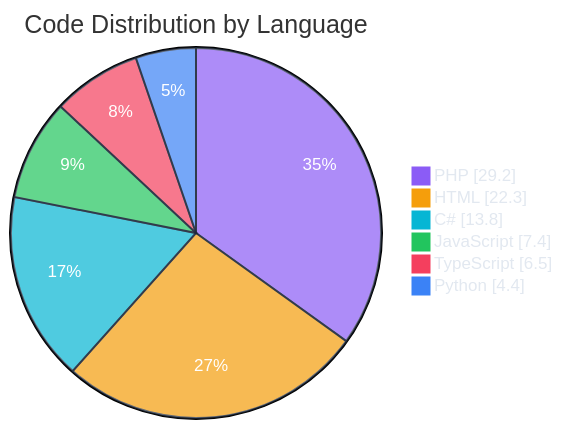
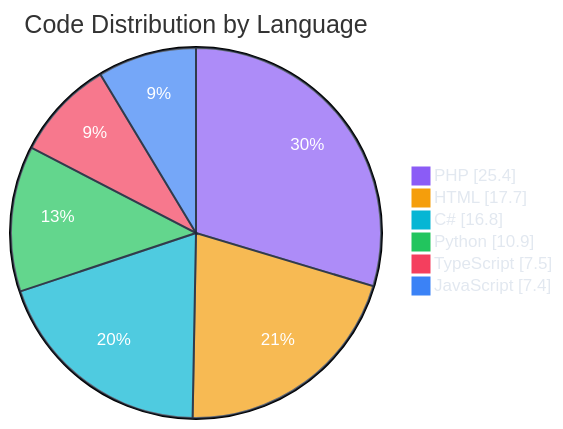
Before and after one commit to polo-nyan/polo-nyan: the second of 7 diagrams in README.md, drawn with Mermaid. The commit also changed other lines of this file and 1 other file, not shown here.

````diff
--- a/README.md
+++ b/README.md
@@ -229,11 +229,11 @@
 ```mermaid
 %%{init: {"theme": "base", "themeVariables": { "pie1": "#8b5cf6", "pie2": "#f59e0b", "pie3": "#06b6d4", "pie4": "#22c55e", "pie5": "#f43f5e", "pie6": "#3b82f6", "pie7": "#ec4899", "pieTextColor": "#ffffff", "pieLegendTextColor": "#e2e8f0", "pieSectionTextColor": "#ffffff", "pieStrokeColor": "#1e293b" }}}%%
 pie showData
     title Code Distribution by Language
-    "PHP" : 29.2
-    "HTML" : 22.3
-    "C#" : 13.8
+    "PHP" : 25.4
+    "HTML" : 17.7
+    "C#" : 16.8
+    "Python" : 10.9
+    "TypeScript" : 7.5
     "JavaScript" : 7.4
-    "TypeScript" : 6.5
-    "Python" : 4.4
 ```
````
